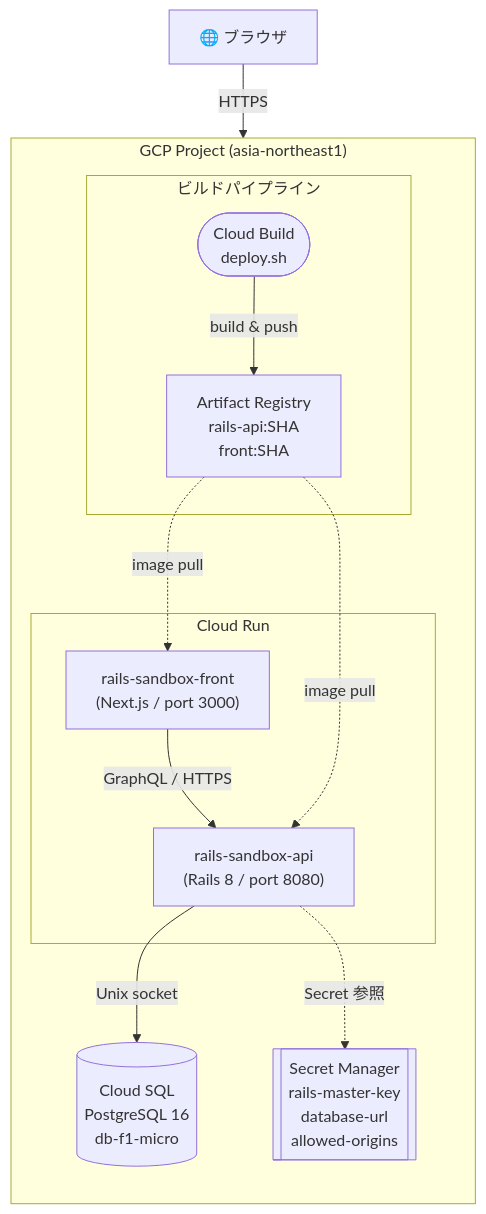
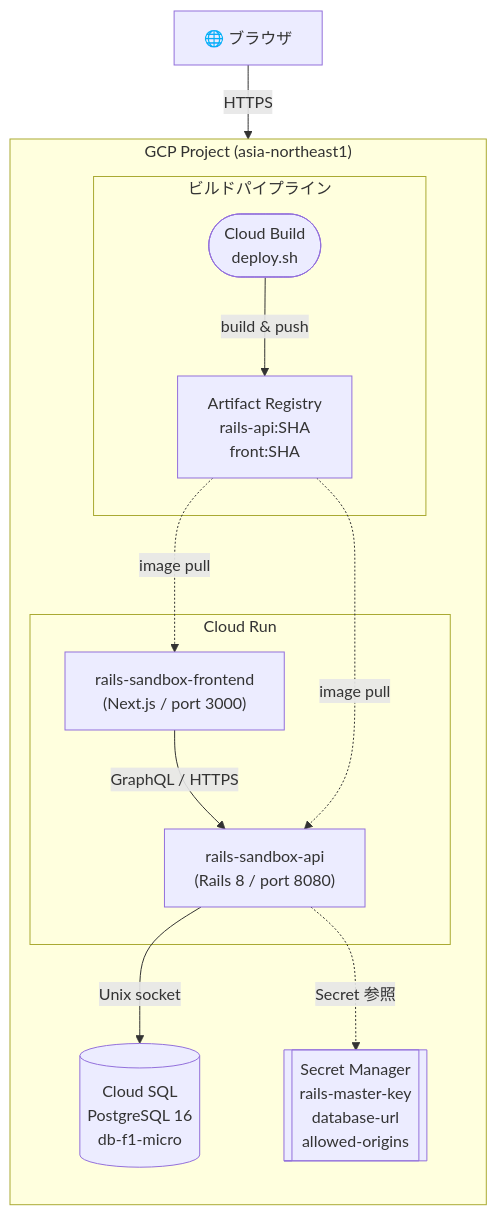
The diagram in README.md (doihei/rails-sandbox-infra), drawn with Mermaid before and after one commit. The commit also changed other lines of this file and 3 other files, not shown here.

````diff
--- a/README.md
+++ b/README.md
@@ -24,29 +24,29 @@
 ```mermaid
 graph TB
     User["🌐 ブラウザ"]
 
     subgraph GCP["GCP Project  (asia-northeast1)"]
         direction TB
 
         subgraph CR["Cloud Run"]
-            Front["rails-sandbox-front\n(Next.js / port 3000)"]
+            Front["rails-sandbox-frontend\n(Next.js / port 3000)"]
             API["rails-sandbox-api\n(Rails 8 / port 8080)"]
         end
 
         SQL[("Cloud SQL\nPostgreSQL 16\ndb-f1-micro")]
         SM[["Secret Manager\nrails-master-key\ndatabase-url\nallowed-origins"]]
 
         subgraph Build["ビルドパイプライン"]
             CB(["Cloud Build\ndeploy.sh"])
             AR["Artifact Registry\nrails-api:SHA\nfront:SHA"]
         end
     end
 
     User        -->|"HTTPS"| Front
     Front       -->|"GraphQL / HTTPS"| API
     API         -->|"Unix socket"| SQL
     API         -.->|"Secret 参照"| SM
     CB          -->|"build & push"| AR
     AR          -.->|"image pull"| Front
     AR          -.->|"image pull"| API
 ```
````
